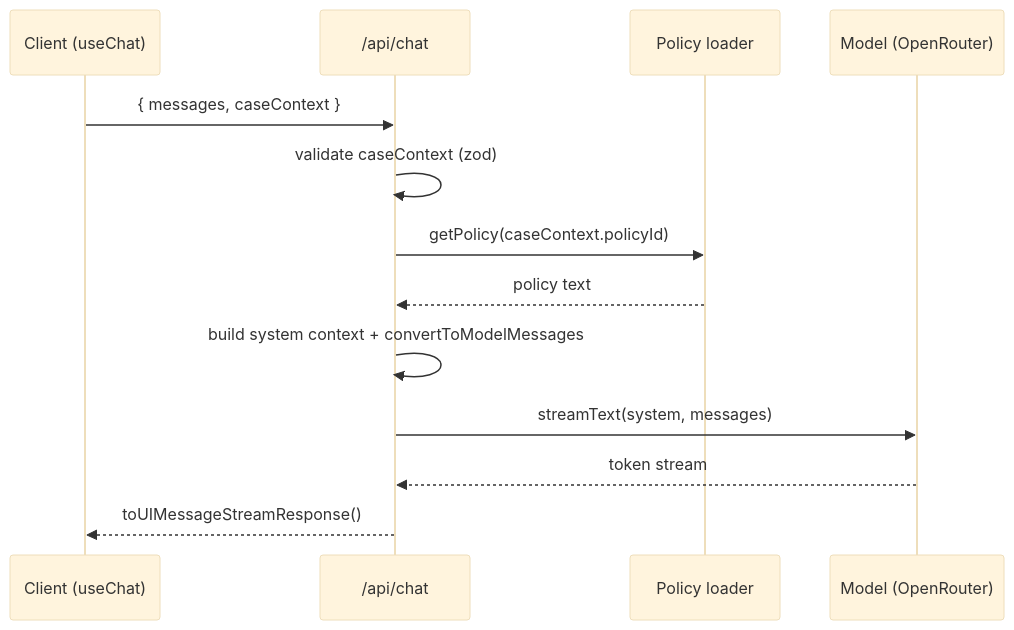
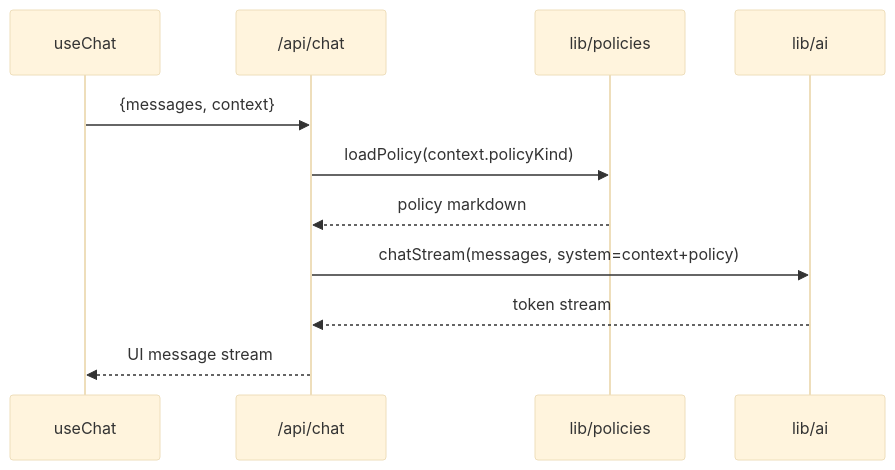
One commit to w-lowczecki/AI-Programming-Course-JSystem-15-06-2026 changed the fourth of 4 diagrams in docs/ADR/002-backend-api.md. Above: the diagram before and after it, drawn with Mermaid (base theme). The commit also changed other lines of this file and 10 other files, not shown here.

````diff
--- a/docs/ADR/002-backend-api.md
+++ b/docs/ADR/002-backend-api.md
@@ -159,15 +231,13 @@
 ```mermaid
 sequenceDiagram
-    participant C as Client (useChat)
-    participant R as /api/chat
-    participant P as Policy loader
-    participant M as Model (OpenRouter)
-    C->>R: { messages, caseContext }
-    R->>R: validate caseContext (zod)
-    R->>P: getPolicy(caseContext.policyId)
-    P-->>R: policy text
-    R->>R: build system context + convertToModelMessages
-    R->>M: streamText(system, messages)
-    M-->>R: token stream
-    R-->>C: toUIMessageStreamResponse()
+    participant FE as useChat
+    participant CH as /api/chat
+    participant P as lib/policies
+    participant AI as lib/ai
+    FE->>CH: {messages, context}
+    CH->>P: loadPolicy(context.policyKind)
+    P-->>CH: policy markdown
+    CH->>AI: chatStream(messages, system=context+policy)
+    AI-->>CH: token stream
+    CH-->>FE: UI message stream
 ```
````
